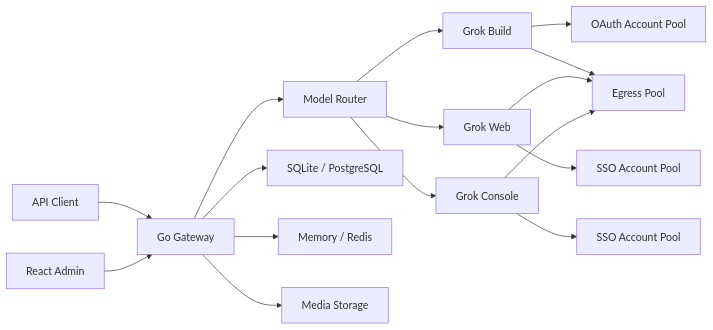
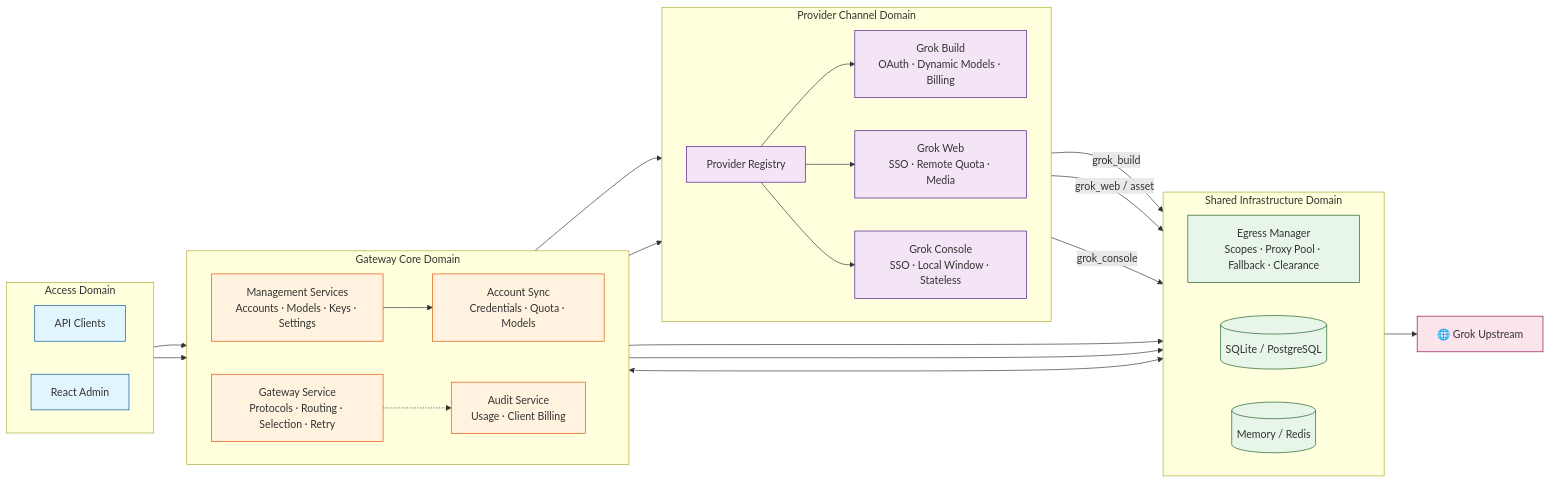
One commit to ahov520/grok2api changed the diagram in README.md. Above: the diagram before and after it, drawn with Mermaid. The commit also changed other lines of this file and 476 other files, not shown here.

First line of the commit message:
chore: merge upstream chenyme/grok2api main @9fadb5b6

````diff
--- a/README.md
+++ b/README.md
@@ -37,21 +63,65 @@
 ```mermaid
 flowchart LR
-    Client["API Client"] --> Gateway["Go Gateway"]
-    Admin["React Admin"] --> Gateway
+    %% Color definitions
+    classDef access fill:#e1f5fe,stroke:#01579b
+    classDef core fill:#fff3e0,stroke:#e65100
+    classDef providers fill:#f3e5f5,stroke:#4a148c
+    classDef infra fill:#e8f5e9,stroke:#1b5e20
+    classDef upstream fill:#fce4ec,stroke:#880e4f
 
-    Gateway --> Router["Model Router"]
-    Router --> Build["Grok Build"]
-    Router --> Web["Grok Web"]
-    Router --> Console["Grok Console"]
+    subgraph Access["Access Domain"]
+        direction LR
+        Clients["API Clients"]
+        Admin["React Admin"]
+    end
 
-    Build --> BuildPool["OAuth Account Pool"]
-    Web --> WebPool["SSO Account Pool"]
-    Console --> ConsolePool["SSO Account Pool"]
-    Build --> Egress["Egress Pool"]
-    Web --> Egress
-    Console --> Egress
+    subgraph Core["Gateway Core Domain"]
+        direction LR
+        Management["Management Services<br/>Accounts · Models · Keys · Settings"]
+        Sync["Account Sync<br/>Credentials · Quota · Models"]
+        Gateway["Gateway Service<br/>Protocols · Routing · Selection · Retry"]
+        Audit["Audit Service<br/>Usage · Client Billing"]
+        Management --> Sync
+        Gateway -.-> Audit
+    end
 
-    Gateway --> Database["SQLite / PostgreSQL"]
-    Gateway --> Runtime["Memory / Redis"]
-    Gateway --> Media["Media Storage"]
+    subgraph Providers["Provider Channel Domain"]
+        direction LR
+        Registry["Provider Registry"]
+        Build["Grok Build<br/>OAuth · Dynamic Models · Billing"]
+        Web["Grok Web<br/>SSO · Remote Quota · Media"]
+        Console["Grok Console<br/>SSO · Local Window · Stateless"]
+        Registry --> Build
+        Registry --> Web
+        Registry --> Console
+    end
+
+    subgraph Infra["Shared Infrastructure Domain"]
+        direction LR
+        Egress["Egress Manager<br/>Scopes · Proxy Pool · Fallback · Clearance"]
+        Database[("SQLite / PostgreSQL")]
+        Runtime[("Memory / Redis")]
+    end
+
+    Upstream["🌐 Grok Upstream"]
+
+    %% Cross-domain calls
+    Clients --> Gateway
+    Admin --> Management
+    Gateway --> Registry
+    Sync --> Registry
+    Build -->|grok_build| Egress
+    Web -->|grok_web / asset| Egress
+    Console -->|grok_console| Egress
+    Egress --> Upstream
+    Management --> Database
+    Audit --> Database
+    Gateway <--> Runtime
+
+    %% Application styles
+    class Clients,Admin access
+    class Management,Sync,Gateway,Audit core
+    class Registry,Build,Web,Console providers
+    class Egress,Database,Runtime infra
+    class Upstream upstream
 ```
````
